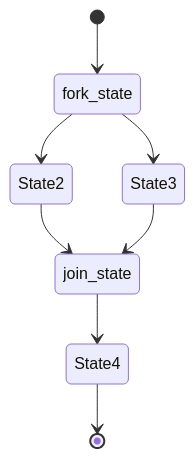
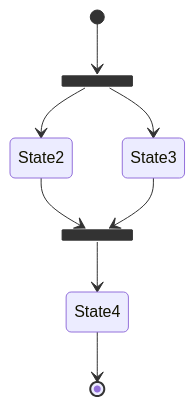
Before and after one commit to PasseRR/passerr.github.io: diagram 11 of 18 in posts/2021/2021-12-13-mermaid-state-diagram.md, drawn with Mermaid. The commit also changed other lines of this file and 20 other files, not shown here.

Commit message:
添加代码折叠、优化ftl、mermaid语法高亮

````diff
--- a/posts/2021/2021-12-13-mermaid-state-diagram.md
+++ b/posts/2021/2021-12-13-mermaid-state-diagram.md
@@ -173,14 +173,14 @@
 ```mmd
 stateDiagram-v2
-    state fork_state &lt;&lt;fork>>
+    state fork_state <<fork>>
     %% fork语法
     [*] --> fork_state
     fork_state --> State2
     fork_state --> State3
     %% join语法
-    state join_state &lt;&lt;join>>
+    state join_state <<join>>
     State2 --> join_state
     State3 --> join_state
     join_state --> State4
     State4 --> [*]
 ```
````
